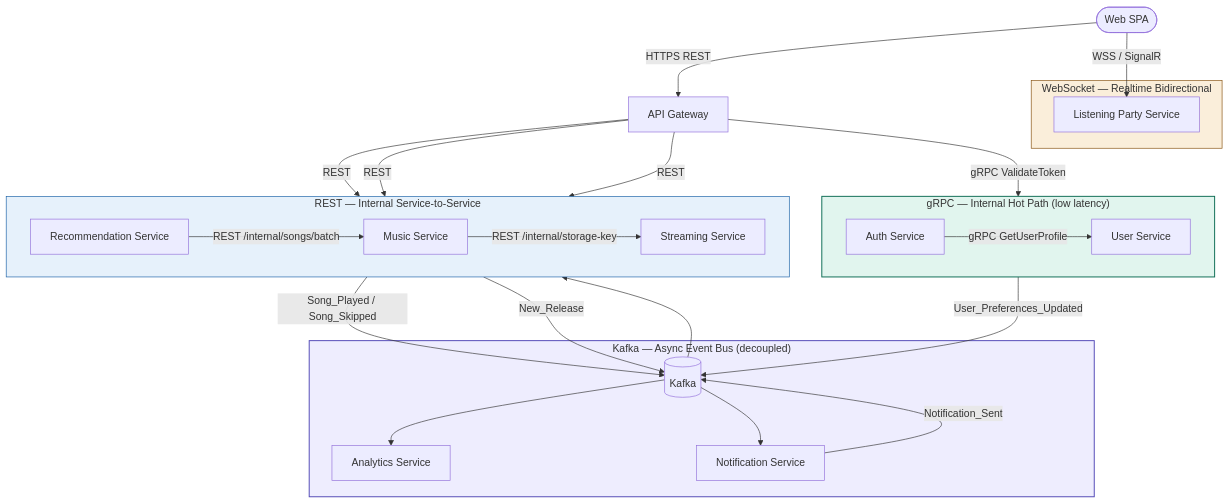
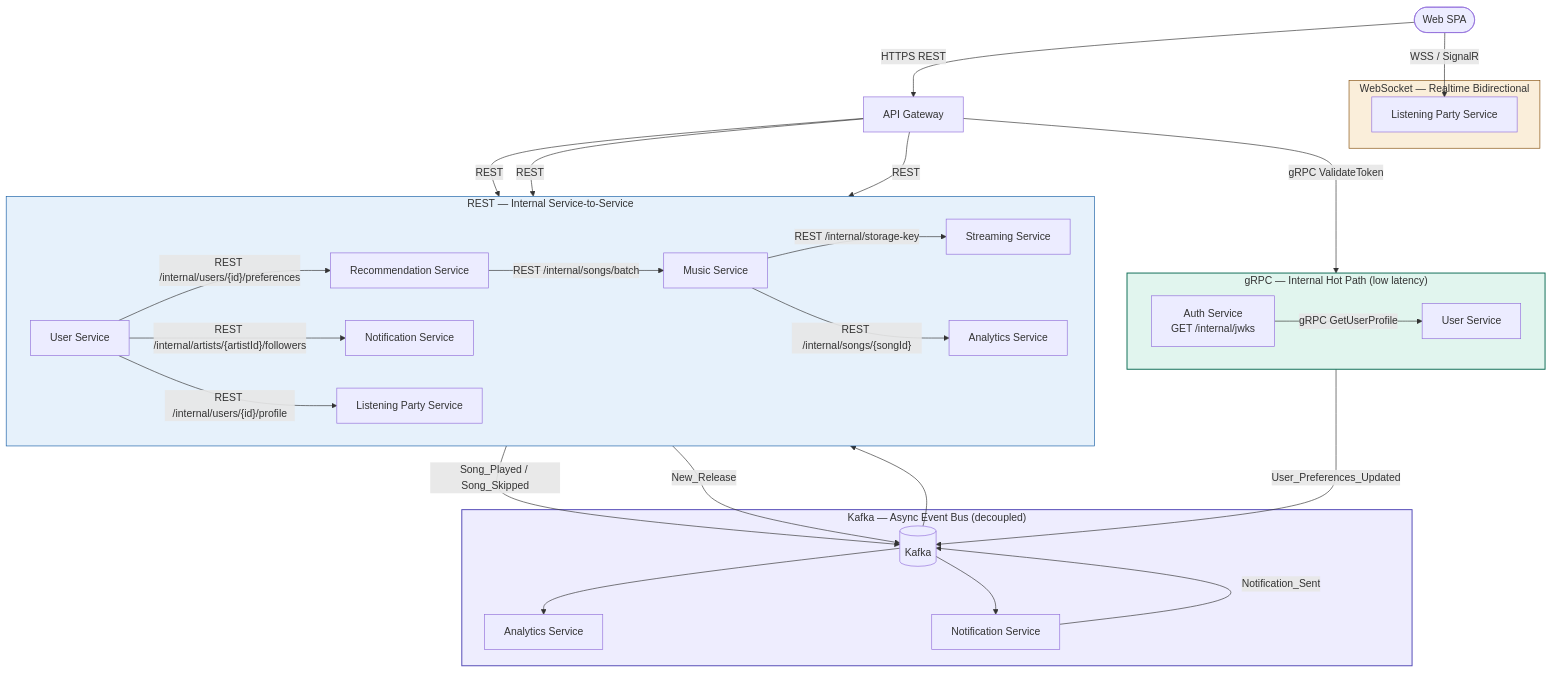
One commit to hoanhngjp/Seminar-Project changed the third of 4 diagrams in docs/architecture/system_architecture_mermaid.md. Above: the diagram before and after it, drawn with Mermaid. The commit also changed other lines of this file and 34 other files, not shown here.

````diff
--- a/docs/architecture/system_architecture_mermaid.md
+++ b/docs/architecture/system_architecture_mermaid.md
@@ -148,55 +148,63 @@
 ```mermaid
 flowchart TB
   Client(["Web SPA"])
   GW["API Gateway"]
 
   subgraph GRPC["gRPC — Internal Hot Path (low latency)"]
     direction LR
-    AUTH["Auth Service"]
+    AUTH["Auth Service\nGET /internal/jwks"]
     USER["User Service"]
   end
 
   subgraph REST_INT["REST — Internal Service-to-Service"]
     direction LR
     MUSIC["Music Service"]
     STREAM["Streaming Service"]
     REC["Recommendation Service"]
+    USER_REST["User Service"]
+    ANL_REST["Analytics Service"]
+    PARTY_REST["Listening Party Service"]
+    NS_REST["Notification Service"]
   end
 
   subgraph ASYNC["Kafka — Async Event Bus (decoupled)"]
     KF[("Kafka")]
     ANL["Analytics Service"]
     NS["Notification Service"]
   end
 
   subgraph WS["WebSocket — Realtime Bidirectional"]
     PARTY["Listening Party Service"]
   end
 
   Client -->|"HTTPS REST"| GW
   Client -->|"WSS / SignalR"| PARTY
 
   GW -->|"gRPC ValidateToken"| AUTH
   AUTH -->|"gRPC GetUserProfile"| USER
 
   GW -->|"REST"| MUSIC
   GW -->|"REST"| STREAM
   GW -->|"REST"| REC
 
   MUSIC -->|"REST /internal/storage-key"| STREAM
   REC -->|"REST /internal/songs/batch"| MUSIC
+  USER_REST -->|"REST /internal/users/{id}/preferences"| REC
+  USER_REST -->|"REST /internal/artists/{artistId}/followers"| NS_REST
+  USER_REST -->|"REST /internal/users/{id}/profile"| PARTY_REST
+  MUSIC -->|"REST /internal/songs/{songId}"| ANL_REST
 
   STREAM -->|"Song_Played / Song_Skipped"| KF
   MUSIC -->|"New_Release"| KF
   USER -->|"User_Preferences_Updated"| KF
 
   KF --> ANL
   KF --> REC
   KF --> NS
   NS -->|"Notification_Sent"| KF
 
   style GRPC fill:#E1F5EE,stroke:#0F6E56,stroke-width:1.5px
   style REST_INT fill:#E6F1FB,stroke:#185FA5,stroke-width:1px
   style ASYNC fill:#EEEDFE,stroke:#534AB7,stroke-width:1.5px
   style WS fill:#FAEEDA,stroke:#854F0B,stroke-width:1px
 ```
````
